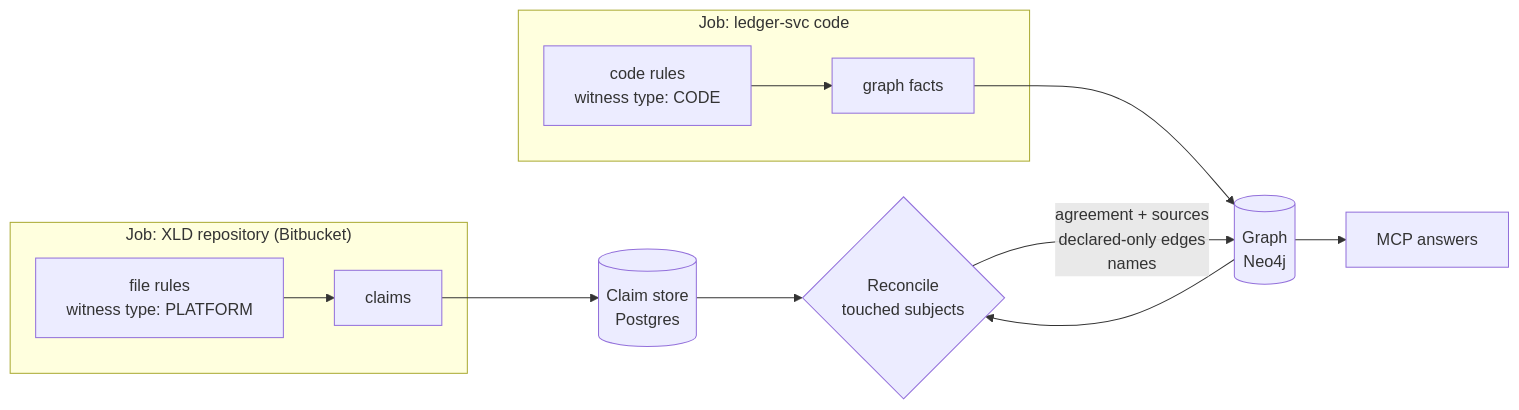
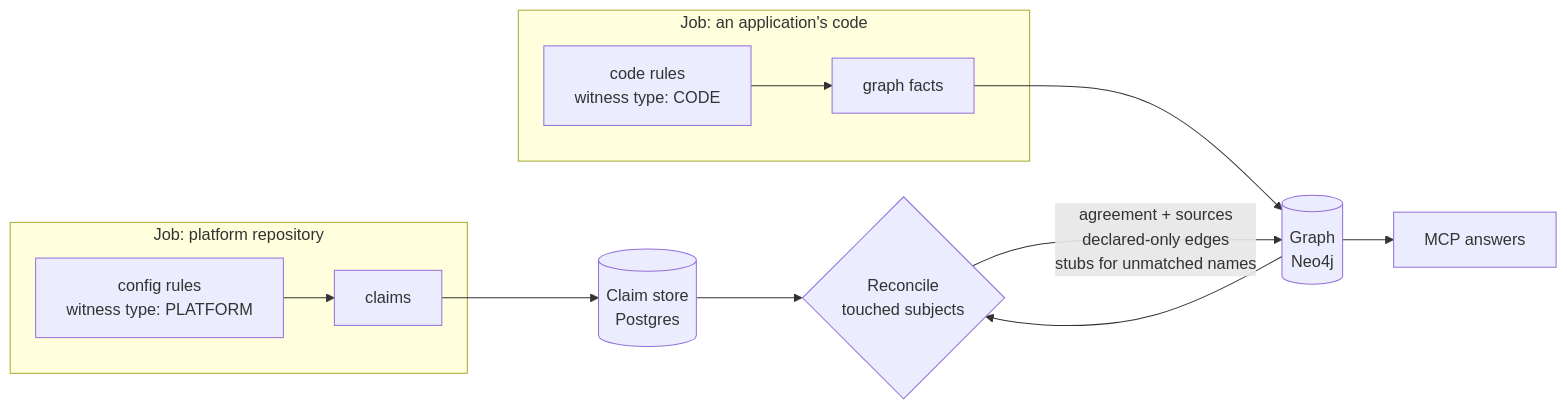
Before and after one commit to KBavis/steno: the diagram in docs/how-it-works/ingestion/claims-and-reconcile.md, drawn with Mermaid. The commit also changed other lines of this file and 74 other files, not shown here.

````diff
--- a/docs/how-it-works/ingestion/claims-and-reconcile.md
+++ b/docs/how-it-works/ingestion/claims-and-reconcile.md
@@ -12,15 +12,15 @@
 ```mermaid
 flowchart LR
-    subgraph JobX["Job: XLD repository (Bitbucket)"]
-      XF["file rules<br/>witness type: PLATFORM"] --> XC["claims"]
+    subgraph JobX["Job: platform repository"]
+      XF["config rules<br/>witness type: PLATFORM"] --> XC["claims"]
     end
-    subgraph JobA["Job: ledger-svc code"]
+    subgraph JobA["Job: an application's code"]
       AF["code rules<br/>witness type: CODE"] --> AG["graph facts"]
     end
     XC --> CS[("Claim store<br/>Postgres")]
     AG --> G[("Graph<br/>Neo4j")]
     CS --> RC{"Reconcile<br/>touched subjects"}
     G --> RC
-    RC -- "agreement + sources<br/>declared-only edges<br/>names" --> G
+    RC -- "agreement + sources<br/>declared-only edges<br/>stubs for unmatched names" --> G
     G --> MCP["MCP answers"]
 ```
````
